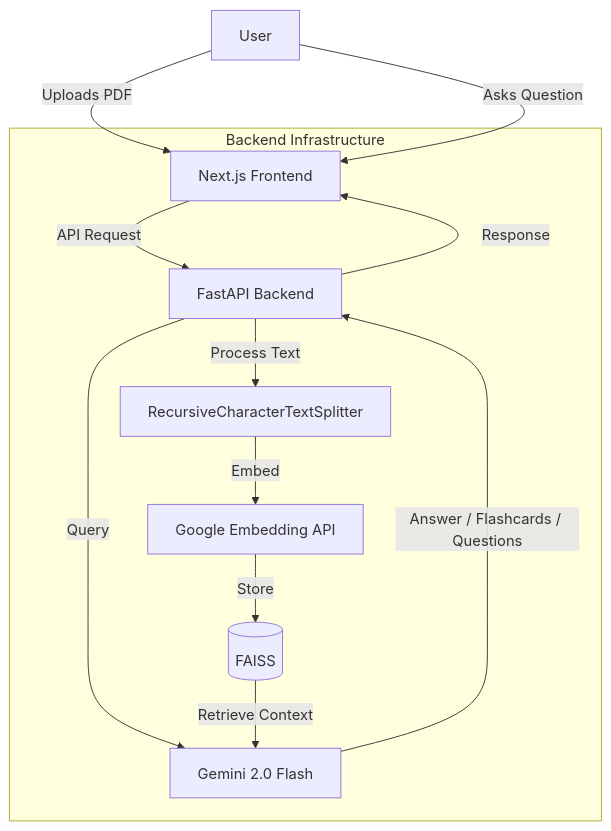
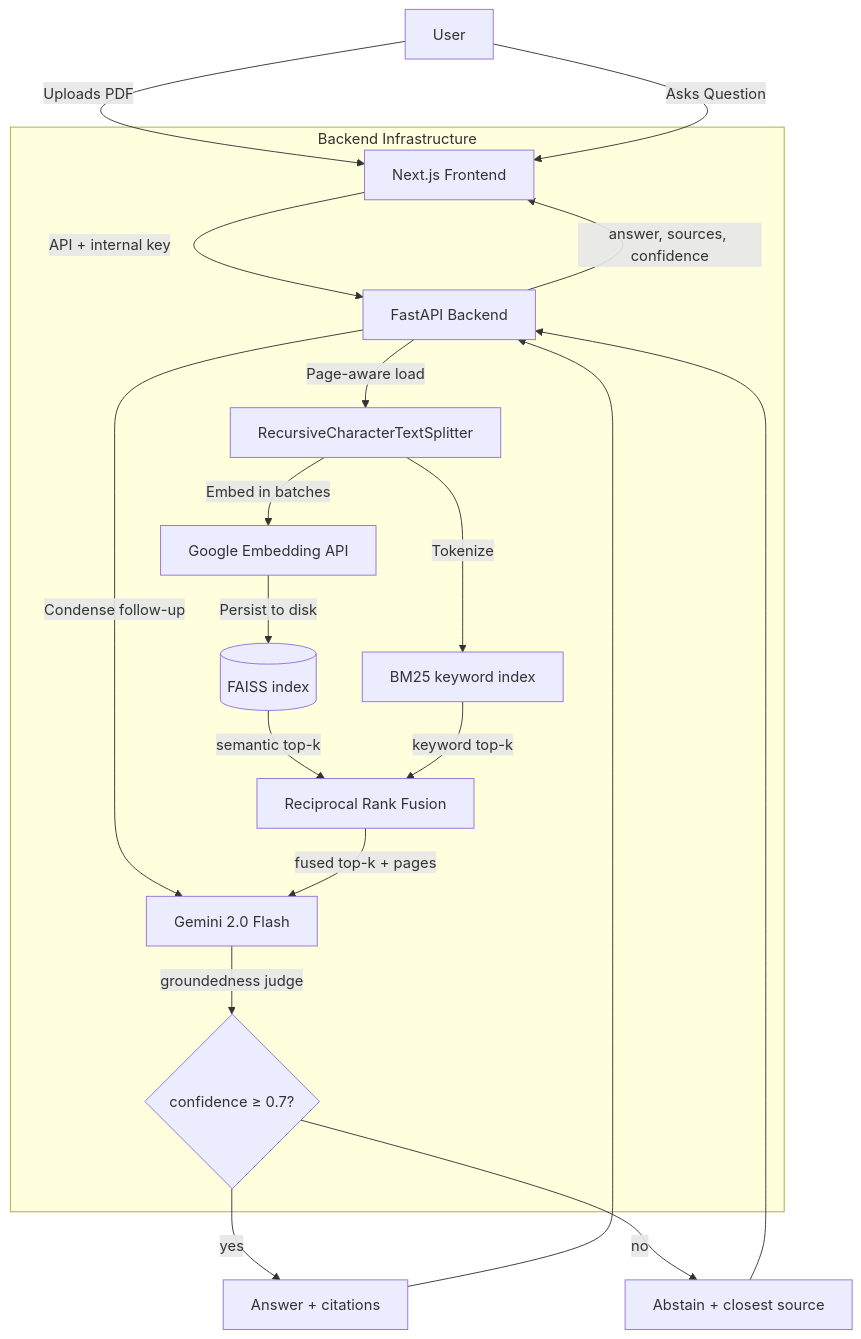
The diagram in README.md (Abhics8/PadhAI-Dost), drawn with Mermaid before and after one commit. The commit also changed other lines of this file and 23 other files, not shown here.

````diff
--- a/README.md
+++ b/README.md
@@ -41,18 +64,25 @@
 ```mermaid
 graph TD
     User[User] -->|Uploads PDF| Frontend[Next.js Frontend]
     User -->|Asks Question| Frontend
 
     subgraph "Backend Infrastructure"
-        Frontend -->|API Request| Backend[FastAPI Backend]
-        Backend -->|Process Text| Chunker[RecursiveCharacterTextSplitter]
-        Chunker -->|Embed| EmbedModel[Google Embedding API]
-        EmbedModel -->|Store| VectorDB[(FAISS)]
+        Frontend -->|API + internal key| Backend[FastAPI Backend]
+        Backend -->|Page-aware load| Chunker[RecursiveCharacterTextSplitter]
+        Chunker -->|Embed in batches| EmbedModel[Google Embedding API]
+        EmbedModel -->|Persist to disk| VectorDB[(FAISS index)]
+        Chunker -->|Tokenize| BM25[BM25 keyword index]
 
-        Backend -->|Query| LLM[Gemini 2.0 Flash]
-        VectorDB -->|Retrieve Context| LLM
+        Backend -->|Condense follow-up| LLM[Gemini 2.0 Flash]
+        VectorDB -->|semantic top-k| Fusion[Reciprocal Rank Fusion]
+        BM25 -->|keyword top-k| Fusion
+        Fusion -->|fused top-k + pages| LLM
+        LLM -->|groundedness judge| Confidence{confidence ≥ 0.7?}
     end
 
-    LLM -->|Answer / Flashcards / Questions| Backend
-    Backend -->|Response| Frontend
+    Confidence -->|yes| Answer[Answer + citations]
+    Confidence -->|no| Abstain[Abstain + closest source]
+    Answer --> Backend
+    Abstain --> Backend
+    Backend -->|answer, sources, confidence| Frontend
 ```
````
